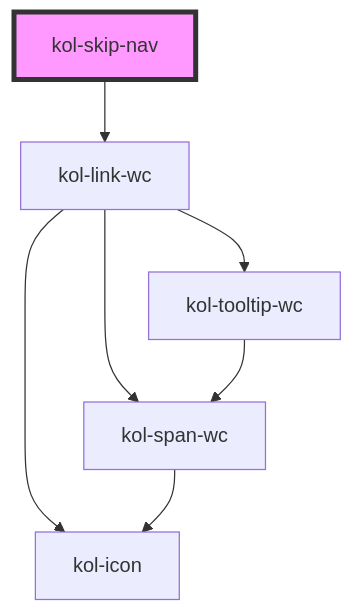
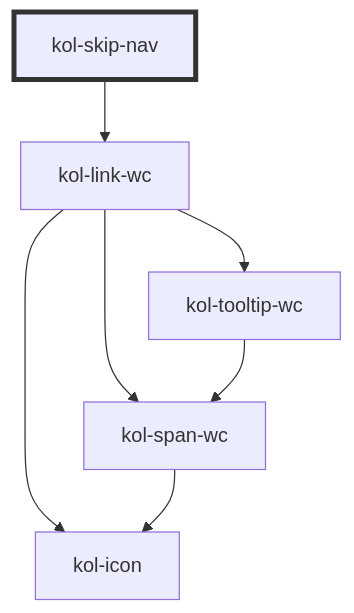
One commit to public-ui/kolibri changed the diagram in packages/components/src/components/skip-nav/readme.md. Above: the diagram before and after it, drawn with Mermaid. The commit also changed 40 other files, not shown here.

````diff
--- a/packages/components/src/components/skip-nav/readme.md
+++ b/packages/components/src/components/skip-nav/readme.md
@@ -69,10 +69,10 @@
 ```mermaid
 graph TD;
   kol-skip-nav --> kol-link-wc
   kol-link-wc --> kol-span-wc
   kol-link-wc --> kol-icon
   kol-link-wc --> kol-tooltip-wc
   kol-span-wc --> kol-icon
   kol-tooltip-wc --> kol-span-wc
-  style kol-skip-nav fill:#f9f,stroke:#333,stroke-width:4px
+  style kol-skip-nav stroke:#333,stroke-width:4px
 ```
````
